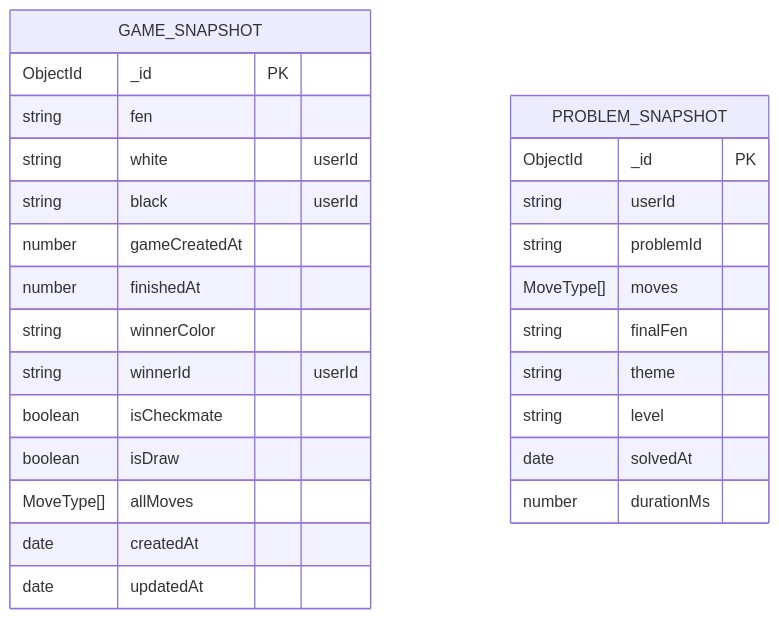
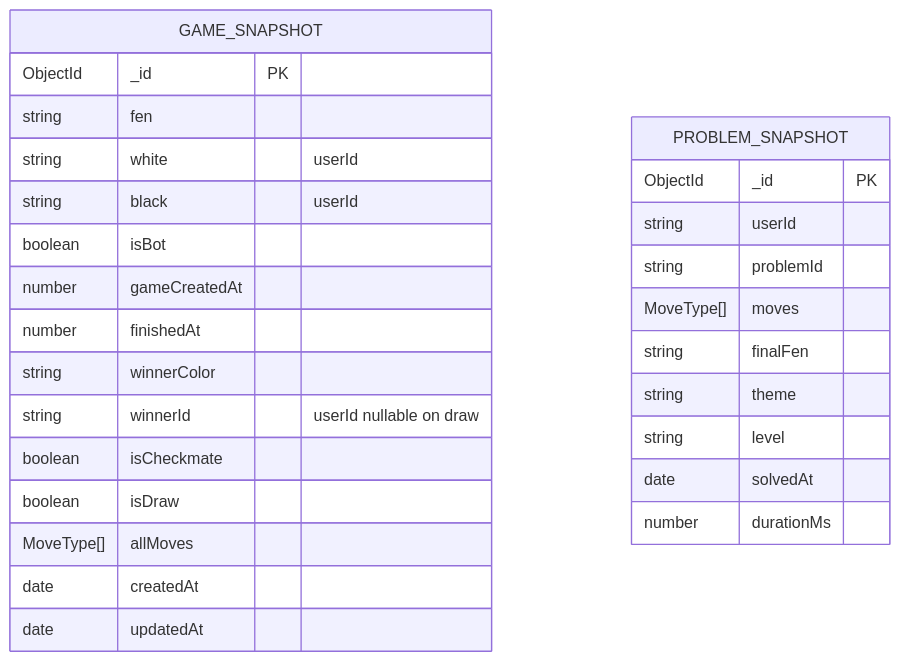
Before and after one commit to Aram47/chess-game-monolit-backend: the second of 3 diagrams in docs/11-erd-databases.md, drawn with Mermaid. The commit also changed other lines of this file and 5 other files, not shown here.

````diff
--- a/docs/11-erd-databases.md
+++ b/docs/11-erd-databases.md
@@ -91,30 +91,31 @@
 ```mermaid
 erDiagram
   GAME_SNAPSHOT {
     ObjectId _id PK
     string fen
     string white "userId"
     string black "userId"
+    boolean isBot
     number gameCreatedAt
     number finishedAt
     string winnerColor
-    string winnerId "userId"
+    string winnerId "userId nullable on draw"
     boolean isCheckmate
     boolean isDraw
     MoveType[] allMoves
     date createdAt
     date updatedAt
   }
 
   PROBLEM_SNAPSHOT {
     ObjectId _id PK
     string userId
     string problemId
     MoveType[] moves
     string finalFen
     string theme
     string level
     date solvedAt
     number durationMs
   }
 ```
````
